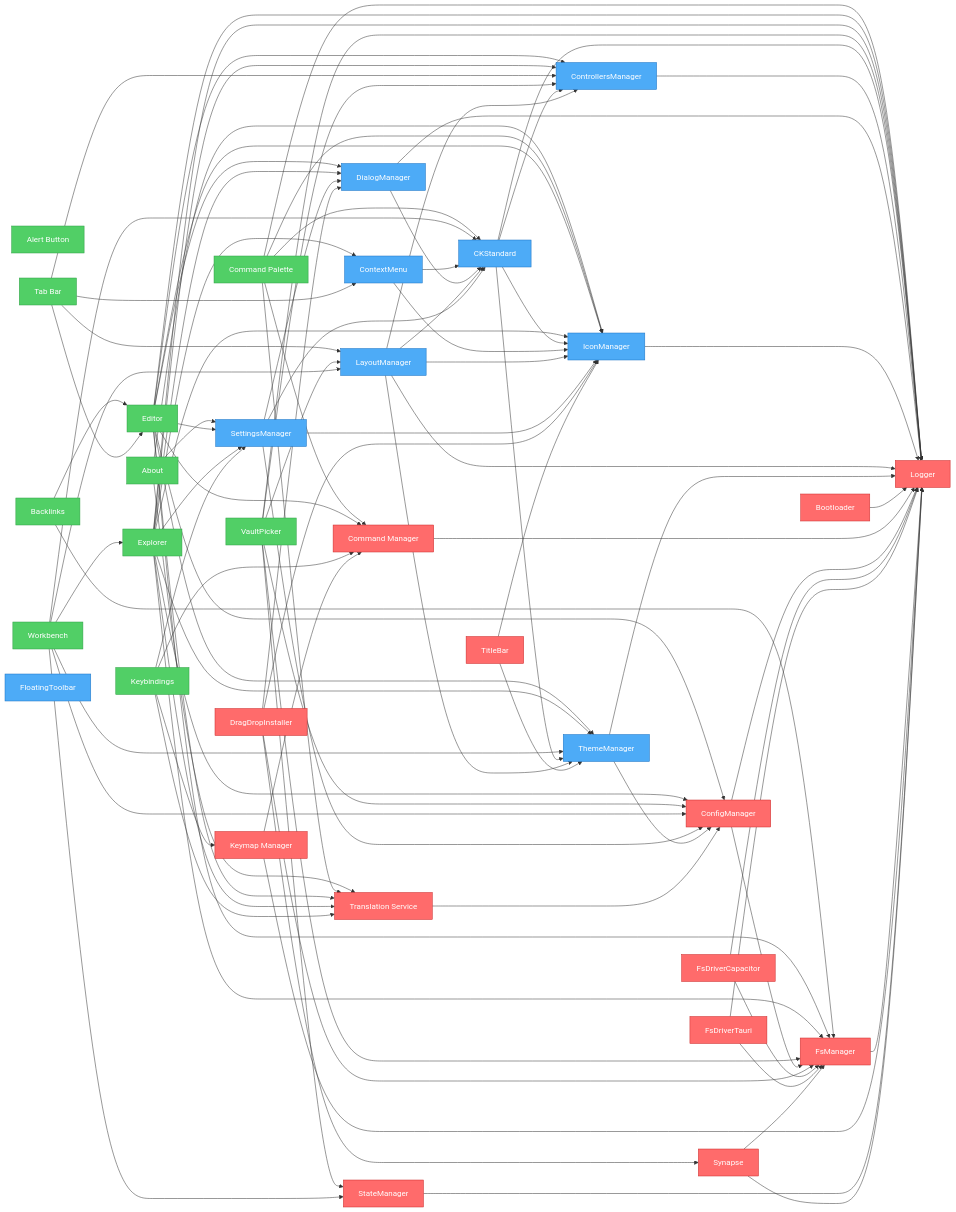
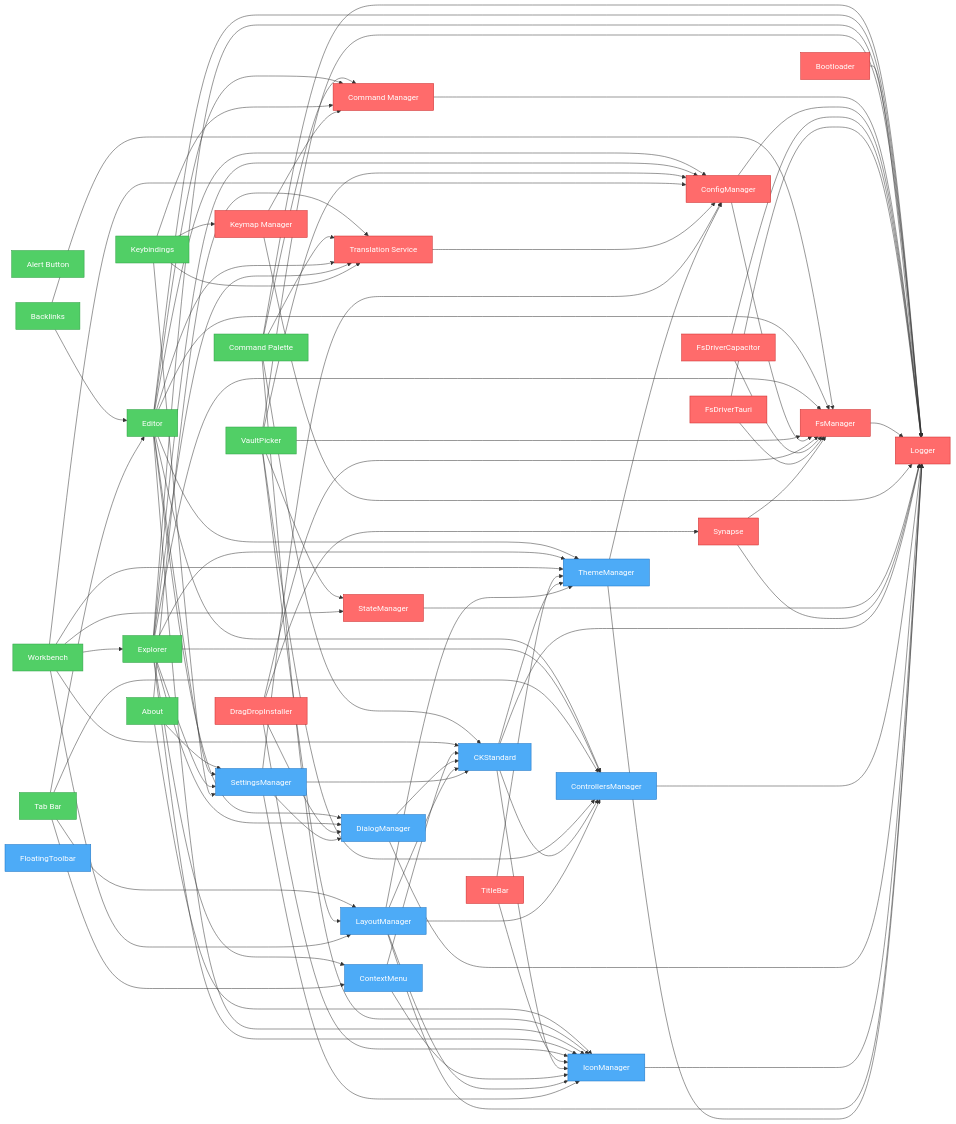
Before and after one commit to khton-tech/notehub.md: the diagram in artifacts/graph.mmd, drawn with Mermaid. The commit also changed other lines of this file and 13 other files, not shown here.

```diff
--- a/artifacts/graph.mmd
+++ b/artifacts/graph.mmd
@@ -1,134 +1,134 @@
 flowchart LR
     nh_features_about["About"]
     nh_features_alert-button["Alert Button"]
     nh_features_backlinks["Backlinks"]
     nh_features_command-palette["Command Palette"]
     nh_features_editor["Editor"]
     nh_features_explorer["Explorer"]
+    nh_features_tabbar["Tab Bar"]
     nh_features_keybindings["Keybindings"]
-    nh_features_tabbar["Tab Bar"]
     nh_features_vault-picker["VaultPicker"]
     nh_features_workbench["Workbench"]
-    nh_ui_ck-standard["CKStandard"]
-    nh_ui_context-menu["ContextMenu"]
-    nh_ui_controllers-manager["ControllersManager"]
-    nh_ui_dialog-manager["DialogManager"]
-    nh_ui_floating-toolbar["FloatingToolbar"]
-    nh_ui_icon-manager["IconManager"]
-    nh_ui_layout-manager["LayoutManager"]
-    nh_ui_settings-manager["SettingsManager"]
-    nh_ui_theme-manager["ThemeManager"]
     nh_system_bootloader["Bootloader"]
     nh_system_command-manager["Command Manager"]
     nh_system_config-manager["ConfigManager"]
     nh_system_drag-drop["DragDropInstaller"]
     nh_system_fs-driver-capacitor["FsDriverCapacitor"]
     nh_system_fs-driver-tauri["FsDriverTauri"]
     nh_system_fs-manager["FsManager"]
     nh_system_i18n["Translation Service"]
     nh_system_keymap["Keymap Manager"]
     nh_system_logger["Logger"]
     nh_system_state-manager["StateManager"]
     nh_system_synapse["Synapse"]
     nh_system_titlebar["TitleBar"]
+    nh_ui_ck-standard["CKStandard"]
+    nh_ui_context-menu["ContextMenu"]
+    nh_ui_controllers-manager["ControllersManager"]
+    nh_ui_dialog-manager["DialogManager"]
+    nh_ui_floating-toolbar["FloatingToolbar"]
+    nh_ui_icon-manager["IconManager"]
+    nh_ui_layout-manager["LayoutManager"]
+    nh_ui_settings-manager["SettingsManager"]
+    nh_ui_theme-manager["ThemeManager"]
     nh_features_about --> nh_ui_settings-manager
     nh_features_about --> nh_ui_icon-manager
     nh_features_about --> nh_system_i18n
     nh_features_backlinks --> nh_features_editor
     nh_features_backlinks --> nh_system_fs-manager
     nh_features_command-palette --> nh_system_command-manager
     nh_features_command-palette --> nh_system_logger
     nh_features_command-palette --> nh_system_i18n
     nh_features_command-palette --> nh_ui_ck-standard
     nh_features_command-palette --> nh_ui_icon-manager
     nh_features_editor --> nh_system_config-manager
     nh_features_editor --> nh_system_command-manager
     nh_features_editor --> nh_system_i18n
     nh_features_editor --> nh_ui_settings-manager
     nh_features_editor --> nh_system_fs-manager
     nh_features_editor --> nh_system_logger
     nh_features_editor --> nh_ui_controllers-manager
     nh_features_editor --> nh_ui_dialog-manager
     nh_features_editor --> nh_ui_icon-manager
     nh_features_editor --> nh_ui_theme-manager
     nh_features_explorer --> nh_system_config-manager
     nh_features_explorer --> nh_system_i18n
     nh_features_explorer --> nh_ui_settings-manager
     nh_features_explorer --> nh_system_fs-manager
     nh_features_explorer --> nh_system_logger
     nh_features_explorer --> nh_ui_controllers-manager
     nh_features_explorer --> nh_ui_icon-manager
     nh_features_explorer --> nh_ui_theme-manager
     nh_features_explorer --> nh_ui_context-menu
     nh_features_explorer --> nh_ui_dialog-manager
+    nh_features_tabbar --> nh_features_editor
+    nh_features_tabbar --> nh_ui_controllers-manager
+    nh_features_tabbar --> nh_ui_layout-manager
+    nh_features_tabbar --> nh_ui_context-menu
     nh_features_keybindings --> nh_ui_settings-manager
     nh_features_keybindings --> nh_system_command-manager
     nh_features_keybindings --> nh_system_keymap
     nh_features_keybindings --> nh_system_i18n
-    nh_features_tabbar --> nh_features_editor
-    nh_features_tabbar --> nh_ui_controllers-manager
-    nh_features_tabbar --> nh_ui_layout-manager
-    nh_features_tabbar --> nh_ui_context-menu
     nh_features_vault-picker --> nh_system_fs-manager
     nh_features_vault-picker --> nh_system_config-manager
     nh_features_vault-picker --> nh_system_state-manager
     nh_features_vault-picker --> nh_system_logger
     nh_features_vault-picker --> nh_ui_controllers-manager
     nh_features_vault-picker --> nh_ui_layout-manager
     nh_features_workbench --> nh_system_config-manager
     nh_features_workbench --> nh_ui_layout-manager
     nh_features_workbench --> nh_ui_theme-manager
     nh_features_workbench --> nh_ui_ck-standard
     nh_features_workbench --> nh_system_state-manager
     nh_features_workbench --> nh_features_explorer
+    nh_system_bootloader --> nh_system_logger
+    nh_system_command-manager --> nh_system_logger
+    nh_system_config-manager --> nh_system_logger
+    nh_system_config-manager --> nh_system_fs-manager
+    nh_system_drag-drop --> nh_ui_icon-manager
+    nh_system_drag-drop --> nh_ui_dialog-manager
+    nh_system_drag-drop --> nh_system_fs-manager
+    nh_system_drag-drop --> nh_system_synapse
+    nh_system_fs-driver-capacitor --> nh_system_logger
+    nh_system_fs-driver-capacitor --> nh_system_fs-manager
+    nh_system_fs-driver-tauri --> nh_system_logger
+    nh_system_fs-driver-tauri --> nh_system_fs-manager
+    nh_system_fs-manager --> nh_system_logger
+    nh_system_i18n --> nh_system_config-manager
+    nh_system_keymap --> nh_system_command-manager
+    nh_system_keymap --> nh_system_logger
+    nh_system_state-manager --> nh_system_logger
+    nh_system_synapse --> nh_system_fs-manager
+    nh_system_synapse --> nh_system_logger
+    nh_system_titlebar --> nh_ui_icon-manager
+    nh_system_titlebar --> nh_ui_theme-manager
     nh_ui_ck-standard --> nh_system_logger
     nh_ui_ck-standard --> nh_ui_controllers-manager
     nh_ui_ck-standard --> nh_ui_icon-manager
     nh_ui_ck-standard --> nh_ui_theme-manager
     nh_ui_context-menu --> nh_ui_icon-manager
     nh_ui_context-menu --> nh_ui_ck-standard
     nh_ui_controllers-manager --> nh_system_logger
     nh_ui_dialog-manager --> nh_system_logger
     nh_ui_dialog-manager --> nh_ui_ck-standard
     nh_ui_icon-manager --> nh_system_logger
     nh_ui_layout-manager --> nh_system_logger
     nh_ui_layout-manager --> nh_ui_theme-manager
     nh_ui_layout-manager --> nh_ui_icon-manager
     nh_ui_layout-manager --> nh_ui_controllers-manager
     nh_ui_layout-manager --> nh_ui_ck-standard
     nh_ui_settings-manager --> nh_system_config-manager
     nh_ui_settings-manager --> nh_ui_ck-standard
     nh_ui_settings-manager --> nh_ui_icon-manager
     nh_ui_settings-manager --> nh_ui_dialog-manager
     nh_ui_theme-manager --> nh_system_logger
     nh_ui_theme-manager --> nh_system_config-manager
-    nh_system_bootloader --> nh_system_logger
-    nh_system_command-manager --> nh_system_logger
-    nh_system_config-manager --> nh_system_logger
-    nh_system_config-manager --> nh_system_fs-manager
-    nh_system_drag-drop --> nh_ui_icon-manager
-    nh_system_drag-drop --> nh_ui_dialog-manager
-    nh_system_drag-drop --> nh_system_fs-manager
-    nh_system_drag-drop --> nh_system_synapse
-    nh_system_fs-driver-capacitor --> nh_system_logger
-    nh_system_fs-driver-capacitor --> nh_system_fs-manager
-    nh_system_fs-driver-tauri --> nh_system_logger
-    nh_system_fs-driver-tauri --> nh_system_fs-manager
-    nh_system_fs-manager --> nh_system_logger
-    nh_system_i18n --> nh_system_config-manager
-    nh_system_keymap --> nh_system_command-manager
-    nh_system_keymap --> nh_system_logger
-    nh_system_state-manager --> nh_system_logger
-    nh_system_synapse --> nh_system_fs-manager
-    nh_system_synapse --> nh_system_logger
-    nh_system_titlebar --> nh_ui_icon-manager
-    nh_system_titlebar --> nh_ui_theme-manager
 
     %% Styles
     classDef system fill:#ff6b6b,stroke:#c92a2a,color:#fff
     classDef ui fill:#4dabf7,stroke:#1971c2,color:#fff
     classDef feature fill:#51cf66,stroke:#2f9e44,color:#fff
     class nh_features_about,nh_features_alert-button,nh_features_backlinks,nh_features_keybindings,nh_features_vault-picker feature
     class nh_features_command-palette,nh_features_editor,nh_features_explorer,nh_features_tabbar,nh_features_workbench feature
+    class nh_system_bootloader,nh_system_command-manager,nh_system_config-manager,nh_system_drag-drop,nh_system_fs-driver-capacitor,nh_system_fs-driver-tauri,nh_system_fs-manager,nh_system_i18n,nh_system_keymap,nh_system_logger,nh_system_state-manager,nh_system_synapse,nh_system_titlebar system
     class nh_ui_ck-standard,nh_ui_context-menu,nh_ui_controllers-manager,nh_ui_dialog-manager,nh_ui_floating-toolbar,nh_ui_icon-manager,nh_ui_layout-manager,nh_ui_settings-manager,nh_ui_theme-manager ui
-    class nh_system_bootloader,nh_system_command-manager,nh_system_config-manager,nh_system_drag-drop,nh_system_fs-driver-capacitor,nh_system_fs-driver-tauri,nh_system_fs-manager,nh_system_i18n,nh_system_keymap,nh_system_logger,nh_system_state-manager,nh_system_synapse,nh_system_titlebar system
```
